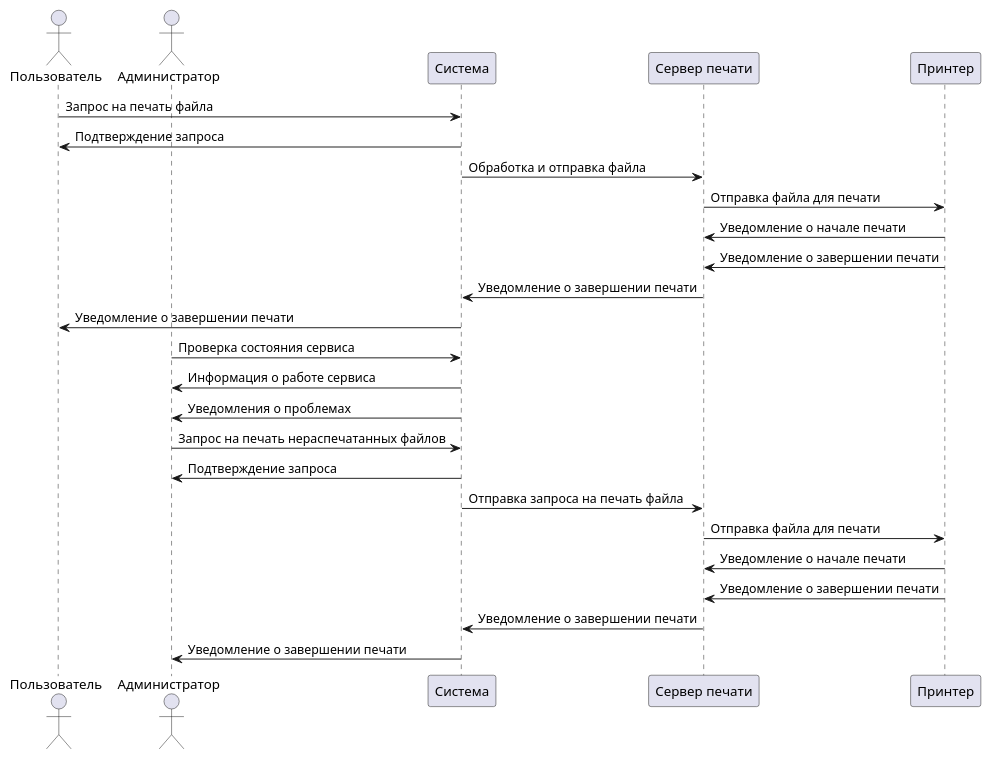
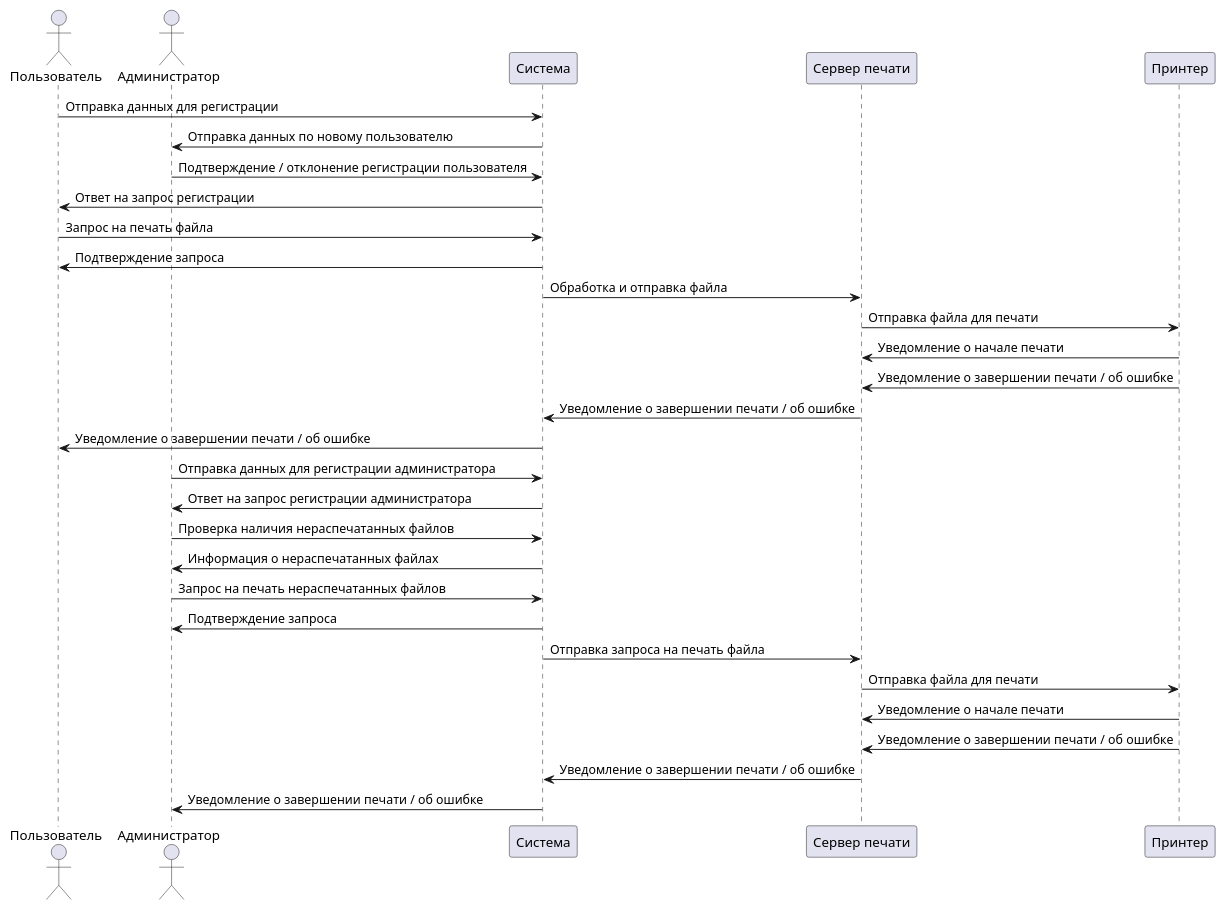
The diagram in sequence.puml (krup4/57project), drawn with PlantUML before and after one commit.

Commit message:
edit sequence diagram by rafael

```diff
--- a/sequence.puml
+++ b/sequence.puml
@@ -1,28 +1,36 @@
 @startuml
 actor Пользователь
 actor Администратор
 participant Система
 participant "Сервер печати" as Server
 participant Принтер
 
+Пользователь -> Система : Отправка данных для регистрации
+Система -> Администратор : Отправка данных по новому пользователю
+Администратор -> Система : Подтверждение / отклонение регистрации пользователя
+Система -> Пользователь : Ответ на запрос регистрации
+
 Пользователь -> Система : Запрос на печать файла
 Система -> Пользователь : Подтверждение запроса
 Система -> Server : Обработка и отправка файла
 Server -> Принтер : Отправка файла для печати
 Принтер -> Server : Уведомление о начале печати
-Принтер -> Server : Уведомление о завершении печати
-Server -> Система : Уведомление о завершении печати
-Система -> Пользователь : Уведомление о завершении печати
+Принтер -> Server : Уведомление о завершении печати / об ошибке
+Server -> Система : Уведомление о завершении печати / об ошибке
+Система -> Пользователь : Уведомление о завершении печати / об ошибке
 
-Администратор -> Система : Проверка состояния сервиса
-Система -> Администратор : Информация о работе сервиса
-Система -> Администратор : Уведомления о проблемах
+Администратор -> Система : Отправка данных для регистрации администратора
+Система -> Администратор : Ответ на запрос регистрации администратора
+
+Администратор -> Система : Проверка наличия нераспечатанных файлов
+Система -> Администратор : Информация о нераспечатанных файлах
+
 Администратор -> Система : Запрос на печать нераспечатанных файлов
 Система -> Администратор : Подтверждение запроса
 Система ->  Server : Отправка запроса на печать файла
 Server -> Принтер : Отправка файла для печати
 Принтер -> Server : Уведомление о начале печати
-Принтер -> Server : Уведомление о завершении печати
-Server -> Система : Уведомление о завершении печати
-Система -> Администратор : Уведомление о завершении печати
+Принтер -> Server : Уведомление о завершении печати / об ошибке
+Server -> Система : Уведомление о завершении печати / об ошибке
+Система -> Администратор : Уведомление о завершении печати / об ошибке
 @enduml
```
